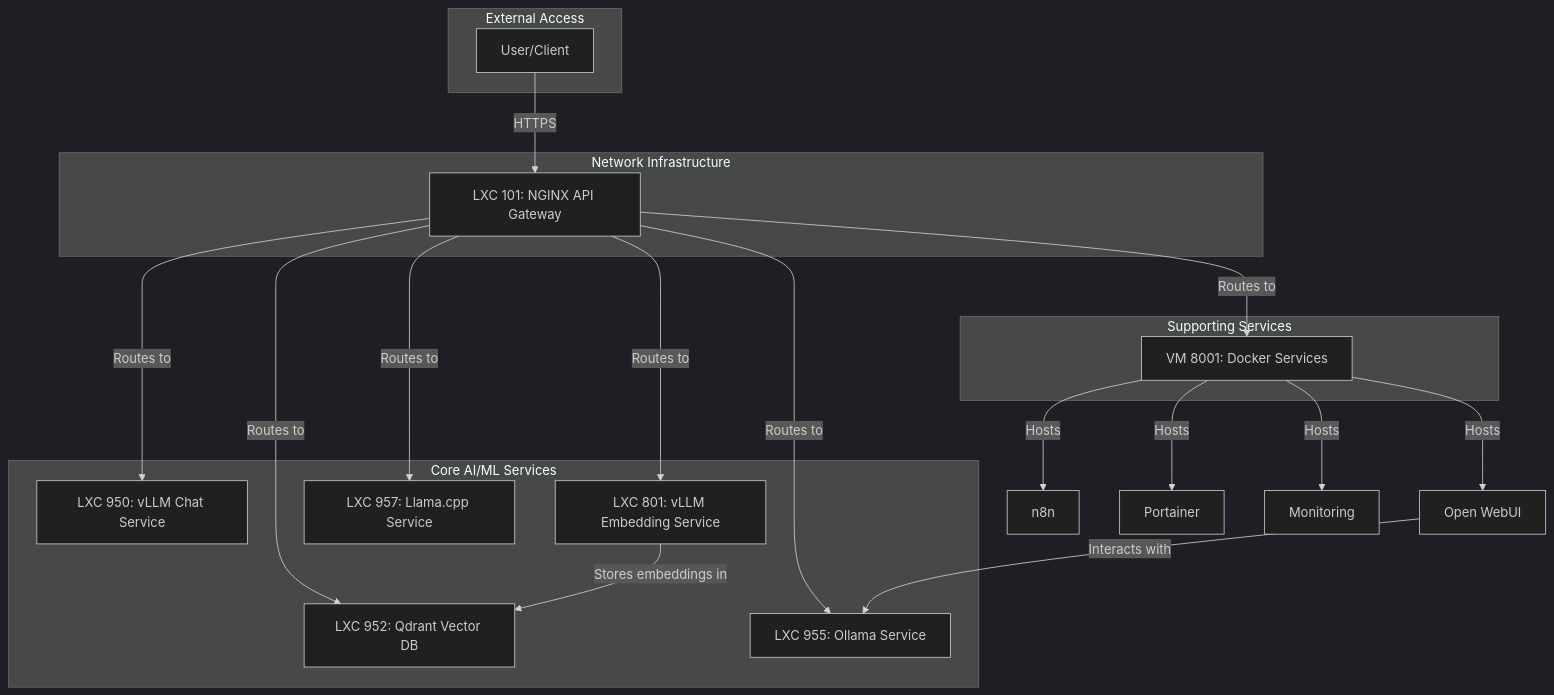
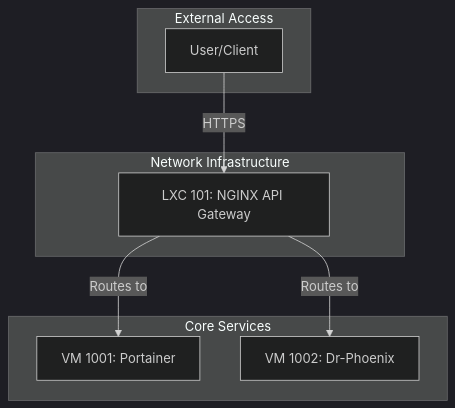
One commit to SirHeads/Testing-ideas changed the diagram in Thinkheads.AI_docs/03_phoenix_hypervisor_implementation/00_guides/02_lxc_container_implementation_guide.md. Above: the diagram before and after it, drawn with Mermaid (dark theme). The commit also changed other lines of this file and 21 other files, not shown here.

Commit message:
vm dr-phoenix up with qdrant

````diff
--- a/Thinkheads.AI_docs/03_phoenix_hypervisor_implementation/00_guides/02_lxc_container_implementation_guide.md
+++ b/Thinkheads.AI_docs/03_phoenix_hypervisor_implementation/00_guides/02_lxc_container_implementation_guide.md
@@ -34,38 +34,19 @@
 ```mermaid
 graph TD
     subgraph "External Access"
         User[User/Client]
     end
 
     subgraph "Network Infrastructure"
         API_Gateway[LXC 101: NGINX API Gateway]
     end
 
-    subgraph "Core AI/ML Services"
-        VLLM_Chat[LXC 950: vLLM Chat Service]
-        VLLM_Embed[LXC 801: vLLM Embedding Service]
-        Qdrant[LXC 952: Qdrant Vector DB]
-        Ollama[LXC 955: Ollama Service]
-        LlamaCPP[LXC 957: Llama.cpp Service]
-    end
-
-    subgraph "Supporting Services"
-        DockerVM["VM 8001: Docker Services"]
+    subgraph "Core Services"
+        VM1001["VM 1001: Portainer"]
+        VM1002["VM 1002: Dr-Phoenix"]
     end
 
     User -- HTTPS --> API_Gateway
-    API_Gateway -- Routes to --> VLLM_Chat
-    API_Gateway -- Routes to --> VLLM_Embed
-    API_Gateway -- Routes to --> Qdrant
-    API_Gateway -- Routes to --> Ollama
-    API_Gateway -- Routes to --> LlamaCPP
-    API_Gateway -- Routes to --> DockerVM
-
-    DockerVM -- Hosts --> N8N[n8n]
-    DockerVM -- Hosts --> WebUI[Open WebUI]
-    DockerVM -- Hosts --> Portainer[Portainer]
-    DockerVM -- Hosts --> Monitoring[Monitoring]
-
-    WebUI -- Interacts with --> Ollama
-    VLLM_Embed -- Stores embeddings in --> Qdrant
+    API_Gateway -- Routes to --> VM1001
+    API_Gateway -- Routes to --> VM1002
 ```
````
